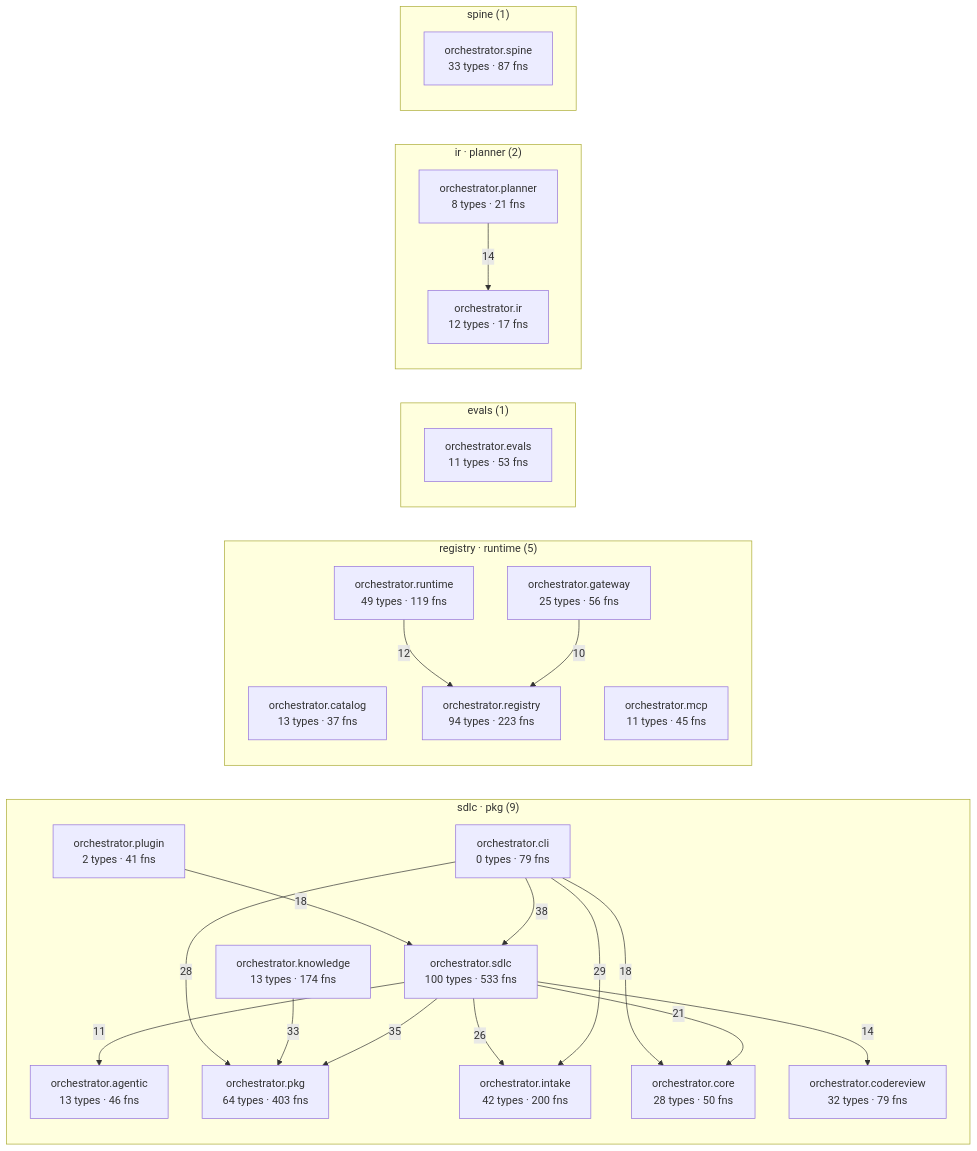
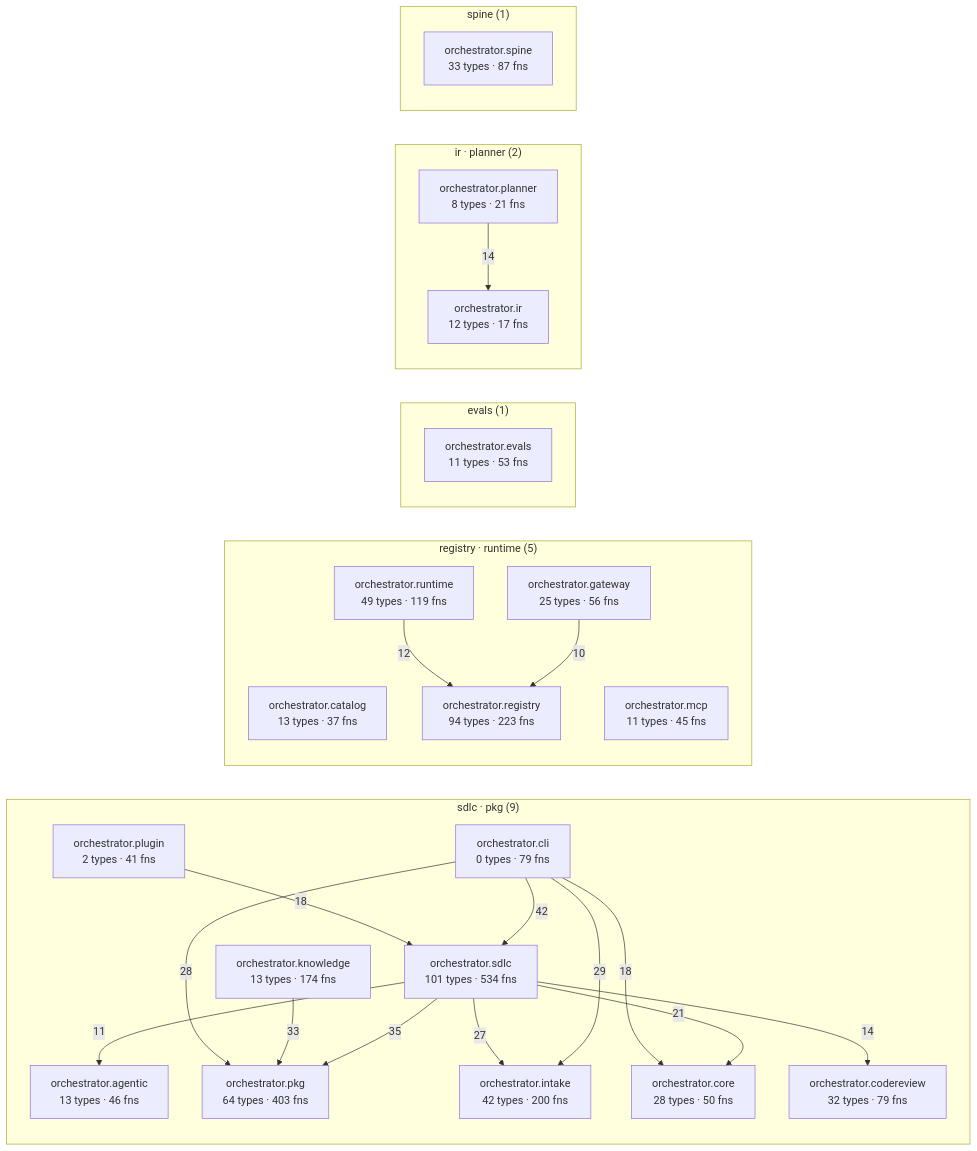
One commit to synaptixs/spine changed the diagram in episteme/architecture.md. Above: the diagram before and after it, drawn with Mermaid. The commit also changed other lines of this file and 21 other files, not shown here.

````diff
--- a/episteme/architecture.md
+++ b/episteme/architecture.md
@@ -54,45 +54,45 @@
 ```mermaid
 flowchart LR
   subgraph c_1["sdlc · pkg (9)"]
     aorchestratoragentic["orchestrator.agentic<br/>13 types · 46 fns"]
     aorchestratorcli["orchestrator.cli<br/>0 types · 79 fns"]
     aorchestratorcodereview["orchestrator.codereview<br/>32 types · 79 fns"]
     aorchestratorcore["orchestrator.core<br/>28 types · 50 fns"]
     aorchestratorintake["orchestrator.intake<br/>42 types · 200 fns"]
     aorchestratorknowledge["orchestrator.knowledge<br/>13 types · 174 fns"]
     aorchestratorpkg["orchestrator.pkg<br/>64 types · 403 fns"]
     aorchestratorplugin["orchestrator.plugin<br/>2 types · 41 fns"]
-    aorchestratorsdlc["orchestrator.sdlc<br/>100 types · 533 fns"]
+    aorchestratorsdlc["orchestrator.sdlc<br/>101 types · 534 fns"]
   end
   subgraph c_3["registry · runtime (5)"]
     aorchestratorcatalog["orchestrator.catalog<br/>13 types · 37 fns"]
     aorchestratorgateway["orchestrator.gateway<br/>25 types · 56 fns"]
     aorchestratormcp["orchestrator.mcp<br/>11 types · 45 fns"]
     aorchestratorregistry["orchestrator.registry<br/>94 types · 223 fns"]
     aorchestratorruntime["orchestrator.runtime<br/>49 types · 119 fns"]
   end
   subgraph c_5["evals (1)"]
     aorchestratorevals["orchestrator.evals<br/>11 types · 53 fns"]
   end
   subgraph c_7["ir · planner (2)"]
     aorchestratorir["orchestrator.ir<br/>12 types · 17 fns"]
     aorchestratorplanner["orchestrator.planner<br/>8 types · 21 fns"]
   end
   subgraph c_10["spine (1)"]
     aorchestratorspine["orchestrator.spine<br/>33 types · 87 fns"]
   end
-  aorchestratorcli -->|38| aorchestratorsdlc
+  aorchestratorcli -->|42| aorchestratorsdlc
   aorchestratorsdlc -->|35| aorchestratorpkg
   aorchestratorknowledge -->|33| aorchestratorpkg
   aorchestratorcli -->|29| aorchestratorintake
   aorchestratorcli -->|28| aorchestratorpkg
-  aorchestratorsdlc -->|26| aorchestratorintake
+  aorchestratorsdlc -->|27| aorchestratorintake
   aorchestratorsdlc -->|21| aorchestratorcore
   aorchestratorcli -->|18| aorchestratorcore
   aorchestratorplugin -->|18| aorchestratorsdlc
   aorchestratorplanner -->|14| aorchestratorir
   aorchestratorsdlc -->|14| aorchestratorcodereview
   aorchestratorruntime -->|12| aorchestratorregistry
   aorchestratorsdlc -->|11| aorchestratoragentic
   aorchestratorgateway -->|10| aorchestratorregistry
 ```
````
